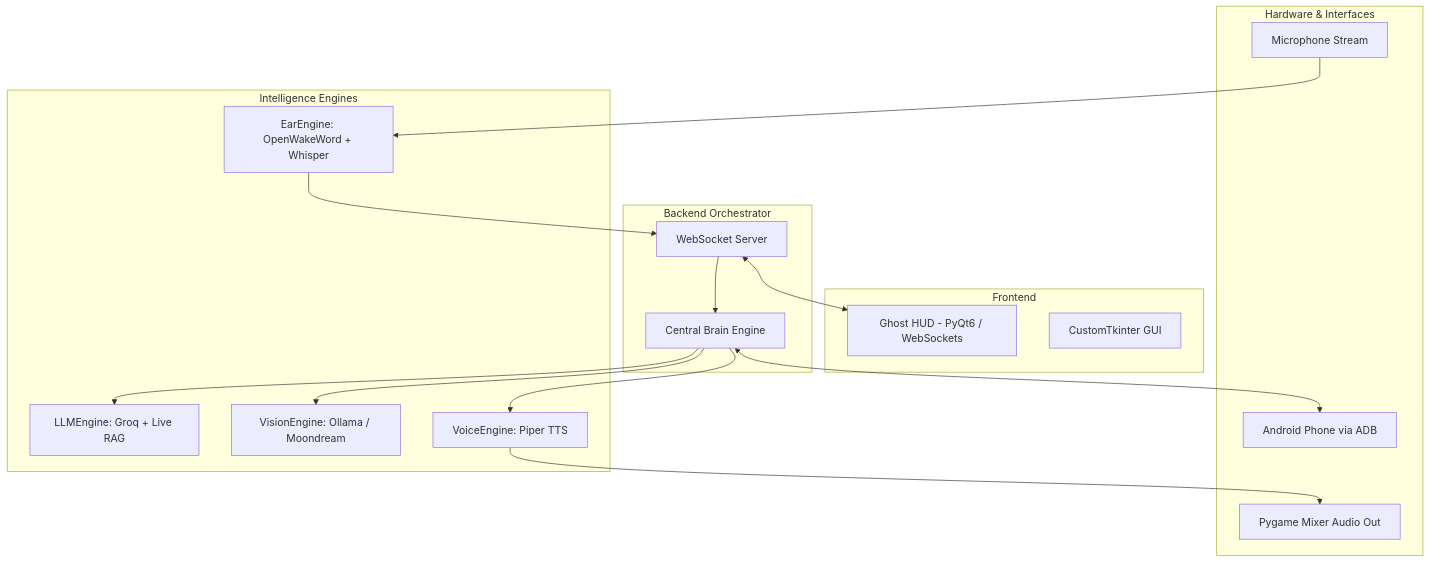
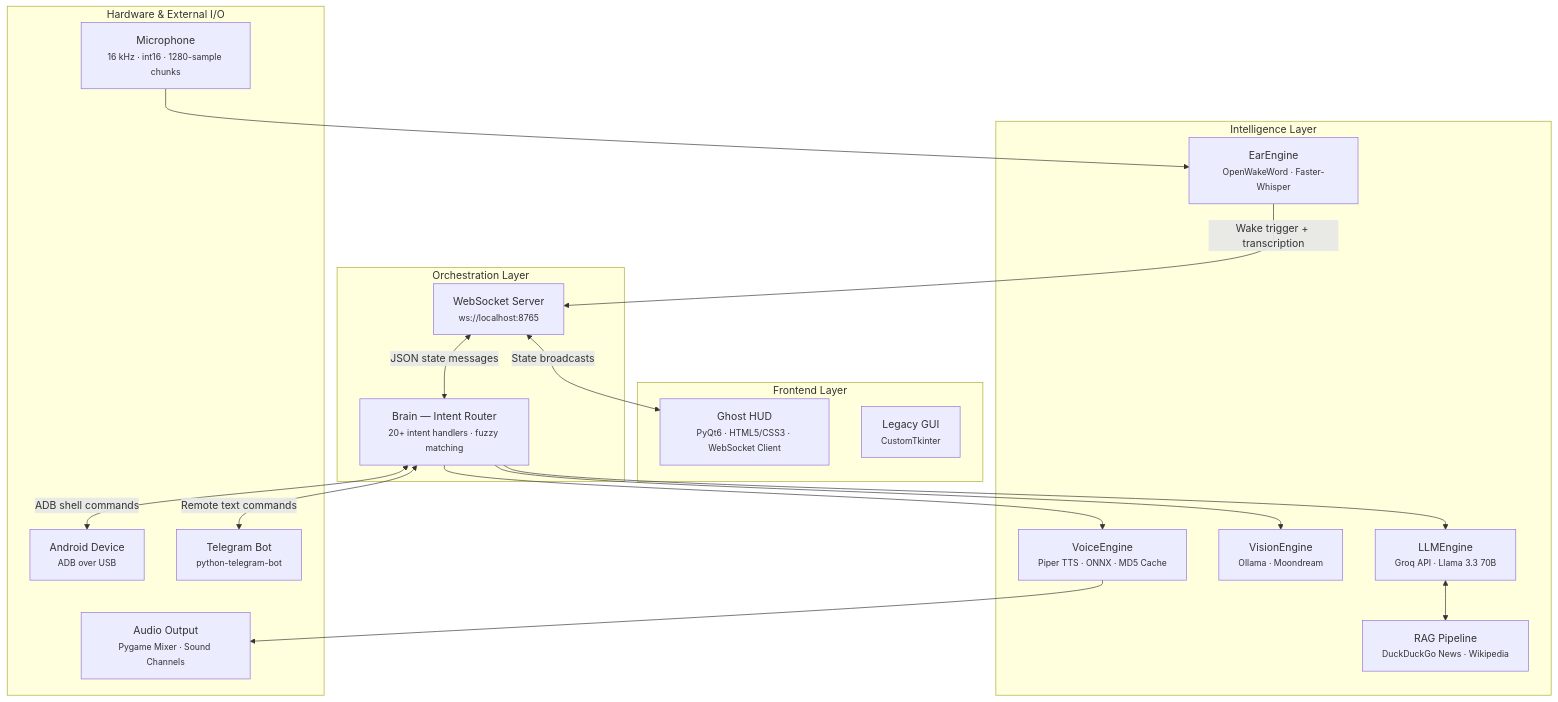
Before and after one commit to SaiSiddharthBS/Captain_AI: the first of 3 diagrams in README.md, drawn with Mermaid. The commit also changed other lines of this file, not shown here.

Commit message:
docs: complete industrial-grade README rewrite with architecture diagrams, technical spec tables, and deployment guide

````diff
--- a/README.md
+++ b/README.md
@@ -61,36 +56,39 @@
 ```mermaid
 graph TD
-    subgraph Frontend
-        HUD[Ghost HUD - PyQt6 / WebSockets]
-        V7GUI[CustomTkinter GUI]
+    subgraph "Frontend Layer"
+        HUD["Ghost HUD<br/><small>PyQt6 · HTML5/CSS3 · WebSocket Client</small>"]
+        V7["Legacy GUI<br/><small>CustomTkinter</small>"]
     end
 
-    subgraph Backend Orchestrator
-        Server[WebSocket Server]
-        Brain[Central Brain Engine]
+    subgraph "Orchestration Layer"
+        WS["WebSocket Server<br/><small>ws://localhost:8765</small>"]
+        Brain["Brain — Intent Router<br/><small>20+ intent handlers · fuzzy matching</small>"]
     end
 
-    subgraph Hardware & Interfaces
-        Mic[Microphone Stream]
-        Spk[Pygame Mixer Audio Out]
-        Phone[Android Phone via ADB]
+    subgraph "Intelligence Layer"
+        Ear["EarEngine<br/><small>OpenWakeWord · Faster-Whisper</small>"]
+        LLM["LLMEngine<br/><small>Groq API · Llama 3.3 70B</small>"]
+        Vision["VisionEngine<br/><small>Ollama · Moondream</small>"]
+        TTS["VoiceEngine<br/><small>Piper TTS · ONNX · MD5 Cache</small>"]
+        RAG["RAG Pipeline<br/><small>DuckDuckGo News · Wikipedia</small>"]
     end
 
-    subgraph Intelligence Engines
-        Ear[EarEngine: OpenWakeWord + Whisper]
-        LLM[LLMEngine: Groq + Live RAG]
-        Vision[VisionEngine: Ollama / Moondream]
-        TTS[VoiceEngine: Piper TTS]
+    subgraph "Hardware & External I/O"
+        Mic["Microphone<br/><small>16 kHz · int16 · 1280-sample chunks</small>"]
+        Spk["Audio Output<br/><small>Pygame Mixer · Sound Channels</small>"]
+        Phone["Android Device<br/><small>ADB over USB</small>"]
+        TG["Telegram Bot<br/><small>python-telegram-bot</small>"]
     end
 
     Mic --> Ear
-    Ear --> Server
-    Server --> Brain
+    Ear -->|"Wake trigger + transcription"| WS
+    WS <-->|"JSON state messages"| Brain
     Brain --> LLM
     Brain --> Vision
     Brain --> TTS
+    LLM <--> RAG
     TTS --> Spk
-
-    Brain <--> Phone
-    Server <--> HUD
+    Brain <-->|"ADB shell commands"| Phone
+    Brain <-->|"Remote text commands"| TG
+    WS <-->|"State broadcasts"| HUD
 ```
````
